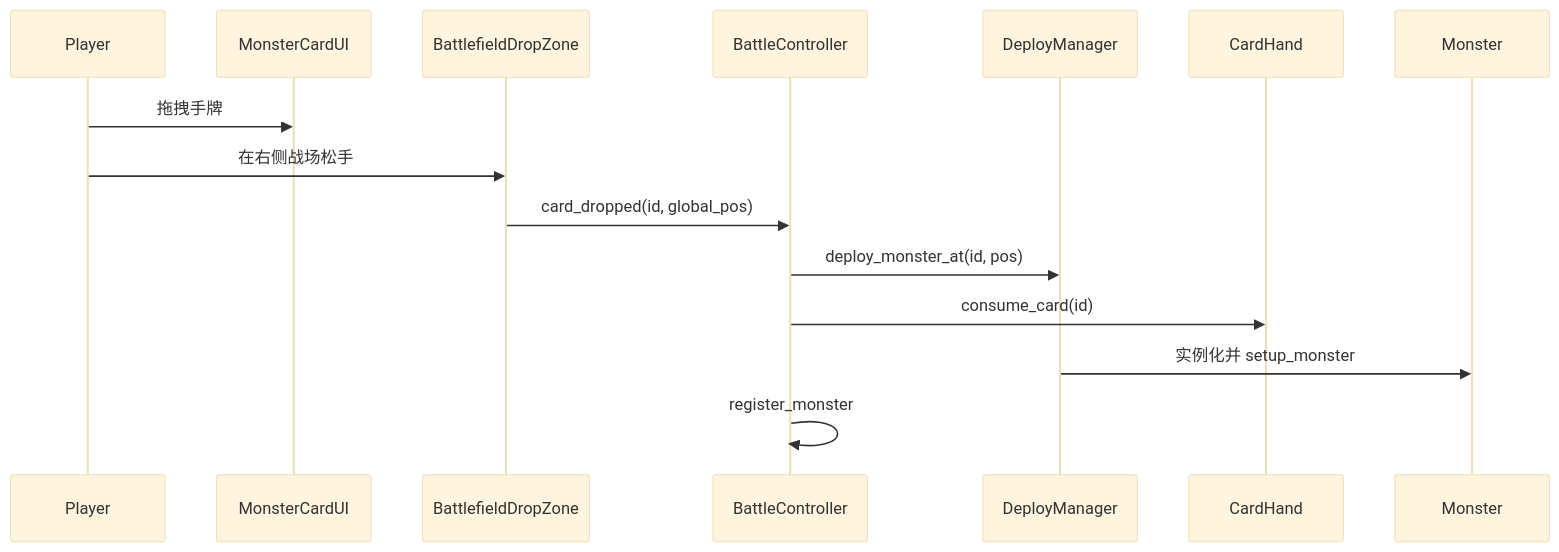
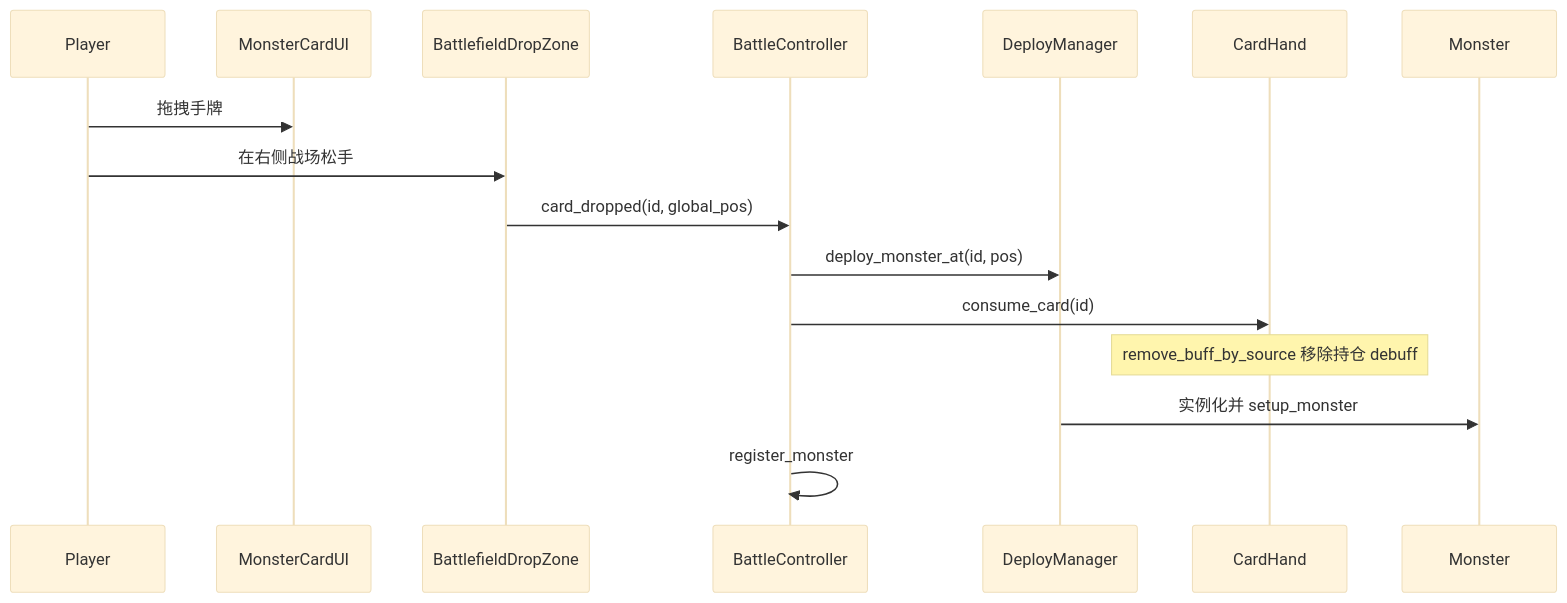
Before and after one commit to yolk-l/free-fight: the second of 2 diagrams in docs/knowledge/03-战斗系统.md, drawn with Mermaid (base theme). The commit also changed other lines of this file and 81 other files, not shown here.

````diff
--- a/docs/knowledge/03-战斗系统.md
+++ b/docs/knowledge/03-战斗系统.md
@@ -80,16 +131,17 @@
 ```mermaid
 sequenceDiagram
     participant Player
     participant Card as MonsterCardUI
     participant Zone as BattlefieldDropZone
     participant BC as BattleController
     participant DM as DeployManager
 
     Player->>Card: 拖拽手牌
     Player->>Zone: 在右侧战场松手
     Zone->>BC: card_dropped(id, global_pos)
     BC->>DM: deploy_monster_at(id, pos)
     BC->>CardHand: consume_card(id)
+    Note over CardHand: remove_buff_by_source 移除持仓 debuff
     DM->>Monster: 实例化并 setup_monster
     BC->>BC: register_monster
 ```
````
